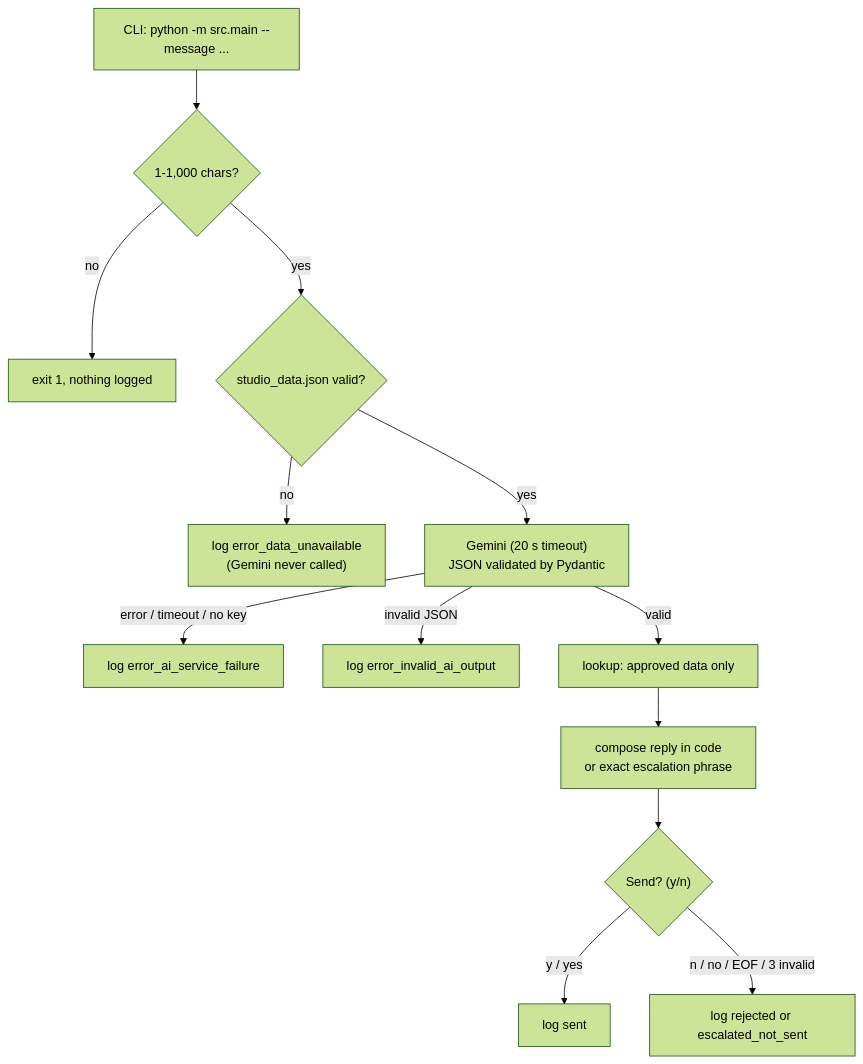
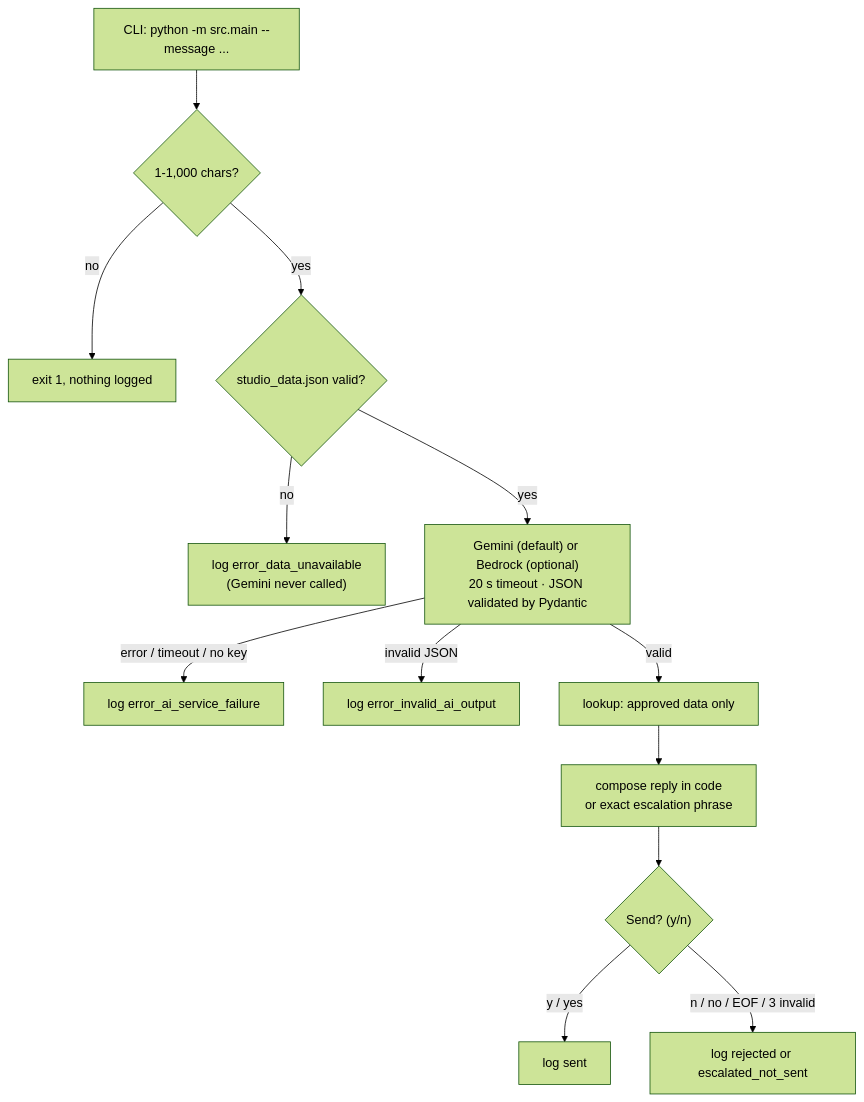
The diagram in README.md (ZolisaSilolo/rahn-assessment-zolisa-silolo), drawn with Mermaid (forest theme) before and after one commit. The commit also changed other lines of this file and 9 other files, not shown here.

Commit message:
Optional Amazon Bedrock provider (Nova Micro, us-east-1) with BR-01..06 tests; live Bedrock checks L-01..L-03; docs updated

````diff
--- a/README.md
+++ b/README.md
@@ -26,15 +26,15 @@
 ```mermaid
 flowchart TD
     A["CLI: python -m src.main --message ..."] --> V{"1-1,000 chars?"}
     V -- no --> X0["exit 1, nothing logged"]
     V -- yes --> D0{"studio_data.json valid?"}
     D0 -- no --> X1["log error_data_unavailable<br/>(Gemini never called)"]
-    D0 -- yes --> B["Gemini (20 s timeout)<br/>JSON validated by Pydantic"]
+    D0 -- yes --> B["Gemini (default) or Bedrock (optional)<br/>20 s timeout · JSON validated by Pydantic"]
     B -- "error / timeout / no key" --> E1["log error_ai_service_failure"]
     B -- "invalid JSON" --> E2["log error_invalid_ai_output"]
     B -- valid --> C["lookup: approved data only"]
     C --> R["compose reply in code<br/>or exact escalation phrase"]
     R --> G{"Send? (y/n)"}
     G -- "y / yes" --> S["log sent"]
     G -- "n / no / EOF / 3 invalid" --> N["log rejected or escalated_not_sent"]
 ```
````
